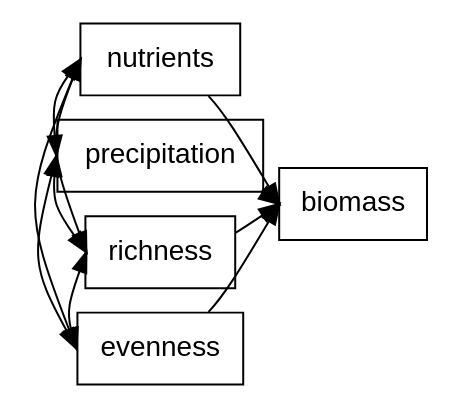
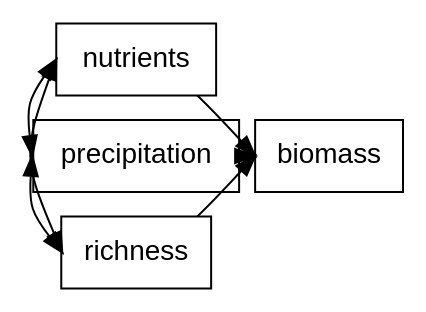
Before and after one commit to pennekampster/Swiss_SEM: the fifth of 27 diagrams in 5_Slides/Intro_to_SEM_part1.qmd, drawn with Graphviz. The commit also changed other lines of this file and 3 other files, not shown here.

````diff
--- a/5_Slides/Intro_to_SEM_part1.qmd
+++ b/5_Slides/Intro_to_SEM_part1.qmd
@@ -451,35 +464,30 @@
 ```{dot}
 //| fig-width: 4
 //| fig-height: 4
 
 digraph  {
 
   # a 'graph' statement
   graph [overlap = false, fontsize = 15, layout = neato, rankdir = LR, splines = curved]
 
   # 'node' statements
   node [shape = box,
         fontname = Helvetica]
         
   X1 [pos = "0,-1!", label = nutrients]
   X2 [pos = "0,-2!",label = precipitation]
   X3 [pos = "0,-3!",label = richness]
-  X4 [pos = "0,-4!",label = evenness]
-  Y  [pos = "2,-2.5!",label = biomass]
+  Y  [pos = "2,-2!",label = biomass]
 
   # 'edge' statements
   X1 -> Y:w 
   X2 -> Y:w
   X3 -> Y:w
-  X4 -> Y:w
   
   X1:w -> X2:w [constraint=false, dir=both]
   X2:w -> X3:w [dir=both]
   X1:w -> X3:w [dir=both]
-  X1:w -> X4:w [dir=both]
-  X2:w -> X4:w [dir=both]
-  X3:w -> X4:w [dir=both]
   
 }
 
 ```
````
